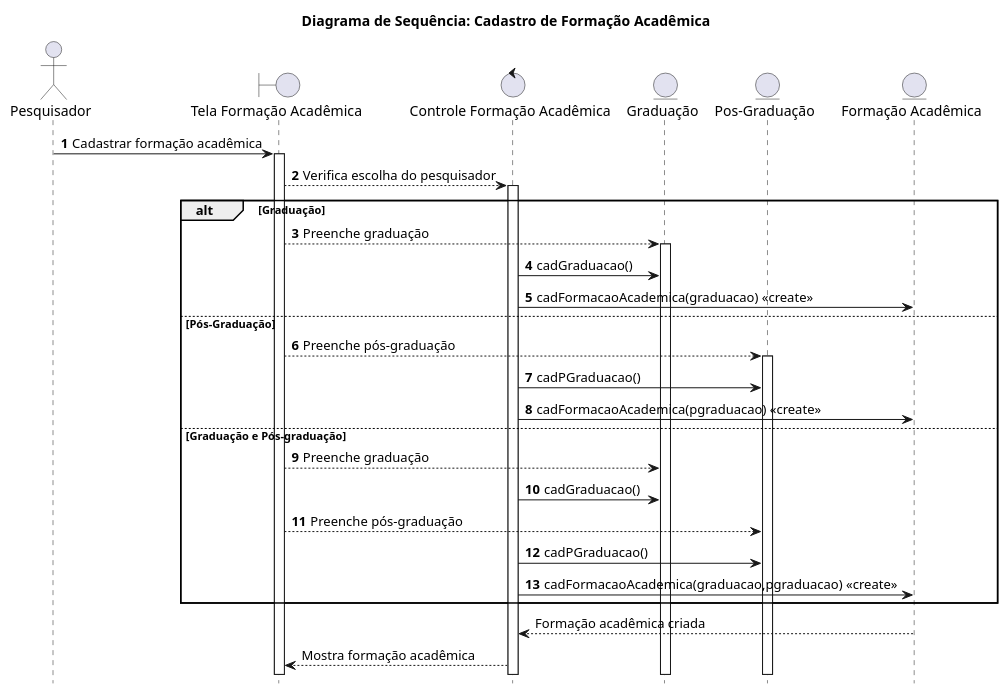
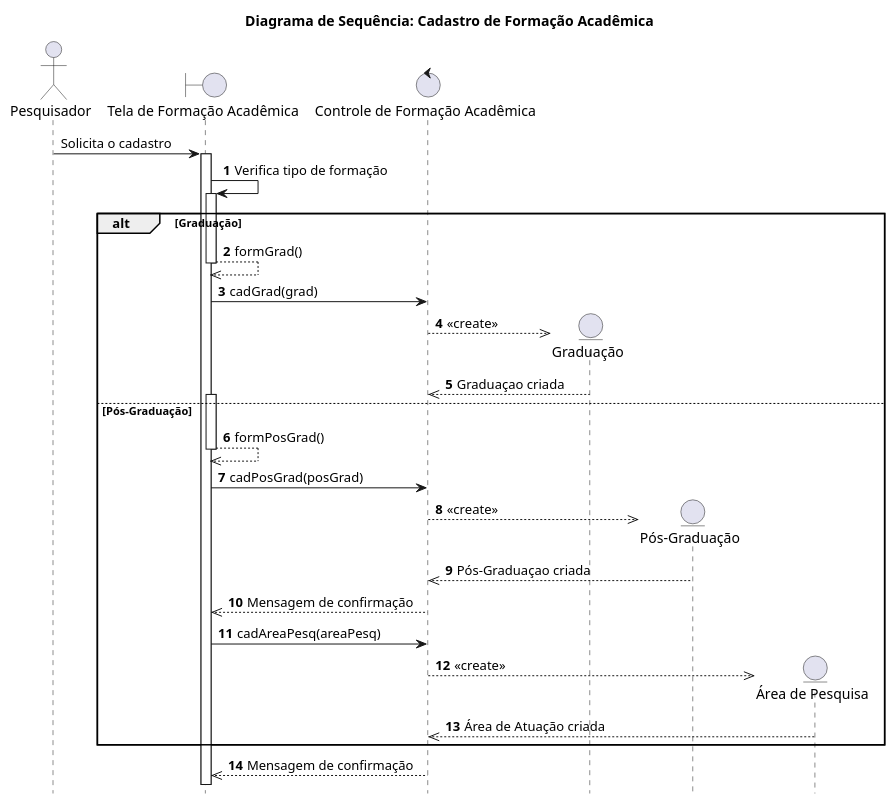
The diagram in Diagramas/Formação Acadêmica/diagSeqCadFormAcademica.wsd (WellingtonFelipeLS/Lattes-Simplificado), drawn with PlantUML before and after one commit. The commit also changed 19 other files, not shown here.

Commit message:
Patronização dos diagramas.

```diff
--- a/Diagramas/Formação Acadêmica/diagSeqCadFormAcademica.wsd
+++ b/Diagramas/Formação Acadêmica/diagSeqCadFormAcademica.wsd
@@ -1,42 +1,39 @@
 @startuml diagramaSeq
 
     title "Diagrama de Sequência: Cadastro de Formação Acadêmica"
     hide footbox
 
     actor Pesquisador as pesq 
-    boundary "Tela Formação Acadêmica" as uiFA
-    control "Controle Formação Acadêmica" as contFA
+    boundary "Tela de Formação Acadêmica" as uiFA
+    control "Controle de Formação Acadêmica" as contFA
     entity "Graduação" as GFA
-    entity "Pos-Graduação" as PGFA 
-    entity "Formação Acadêmica" as FA
+    entity "Pós-Graduação" as PGFA
+	entity "Área de Pesquisa" as APesq
 
-    autonumber
-    pesq -> uiFA ++: Cadastrar formação acadêmica
-    uiFA --> contFA ++: Verifica escolha do pesquisador
+    pesq -> uiFA ++: Solicita o cadastro
+
+	autonumber
+    uiFA -> uiFA ++: Verifica tipo de formação
 
     alt Graduação
-        uiFA --> GFA ++: Preenche graduação
-        contFA -> GFA : cadGraduacao() 
-        contFA -> FA : cadFormacaoAcademica(graduacao) <<create>>
+		uiFA -->> uiFA --: formGrad()
+		uiFA -> contFA: cadGrad(grad)
+        contFA -->> GFA **: <<create>>
+		GFA -->> contFA : Graduaçao criada
+    else Pós-Graduação
+		activate uiFA
+		uiFA -->> uiFA --: formPosGrad()
 
-    else Pós-Graduação   
-        uiFA --> PGFA ++: Preenche pós-graduação                    
-        contFA -> PGFA : cadPGraduacao()
-        contFA -> FA : cadFormacaoAcademica(pgraduacao) <<create>>
-        
-    else Graduação e Pós-graduação
-        uiFA --> GFA : Preenche graduação
-        contFA -> GFA : cadGraduacao()
-        uiFA --> PGFA : Preenche pós-graduação
-        contFA -> PGFA : cadPGraduacao()
-        contFA -> FA : cadFormacaoAcademica(graduacao,pgraduacao) <<create>>
+        uiFA -> contFA : cadPosGrad(posGrad)
+        contFA -->> PGFA **: <<create>>
+		PGFA -->> contFA : Pós-Graduaçao criada
+		contFA -->> uiFA : Mensagem de confirmação
+
+		uiFA -> contFA : cadAreaPesq(areaPesq)
+		contFA -->> APesq **: <<create>>
+		APesq -->> contFA : Área de Atuação criada
     end
-    
-    
-    
-    autonumber stop
 
-    FA --> contFA : Formação acadêmica criada
-    contFA --> uiFA : Mostra formação acadêmica 
+    contFA -->> uiFA : Mensagem de confirmação
 
 @enduml
```
